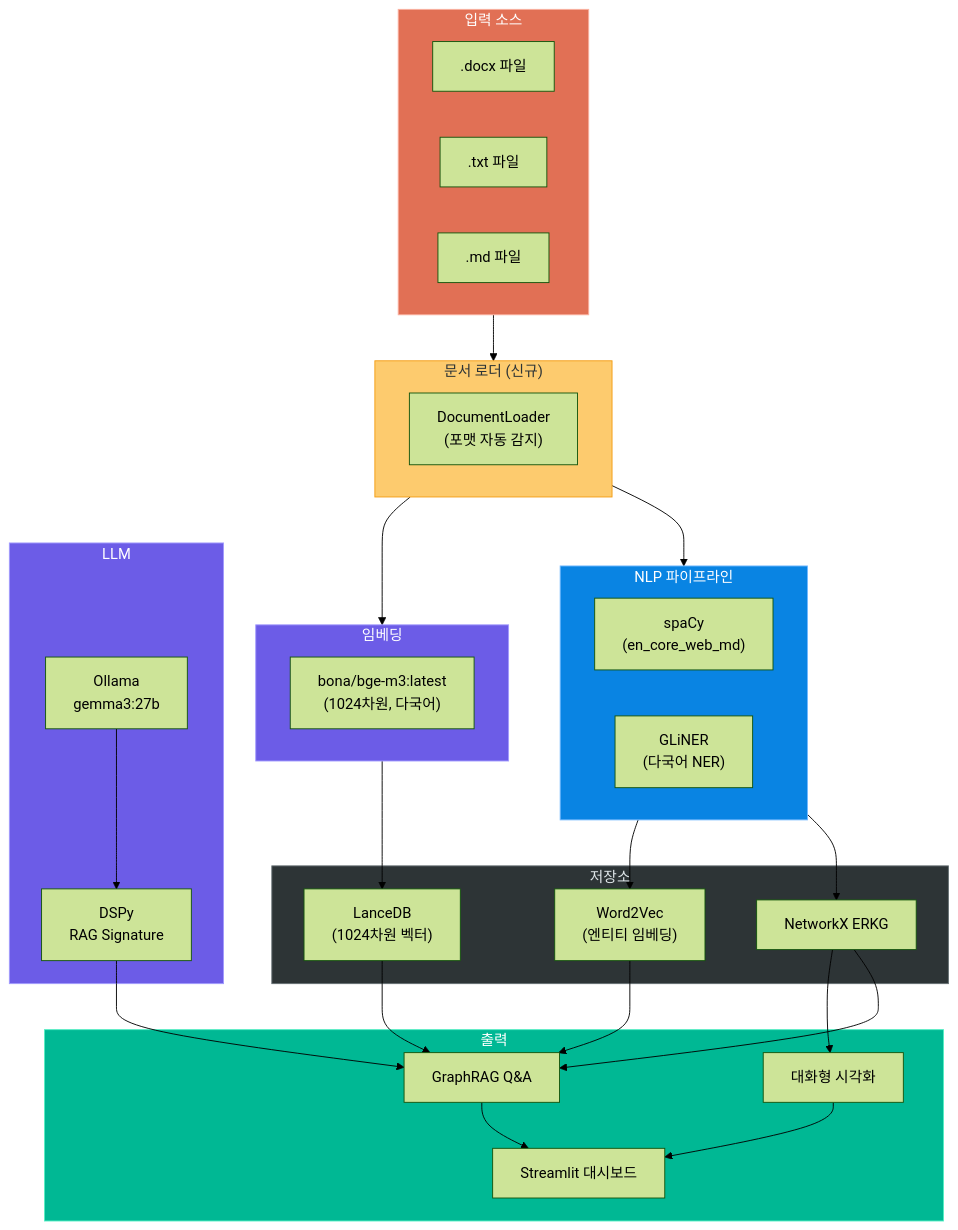
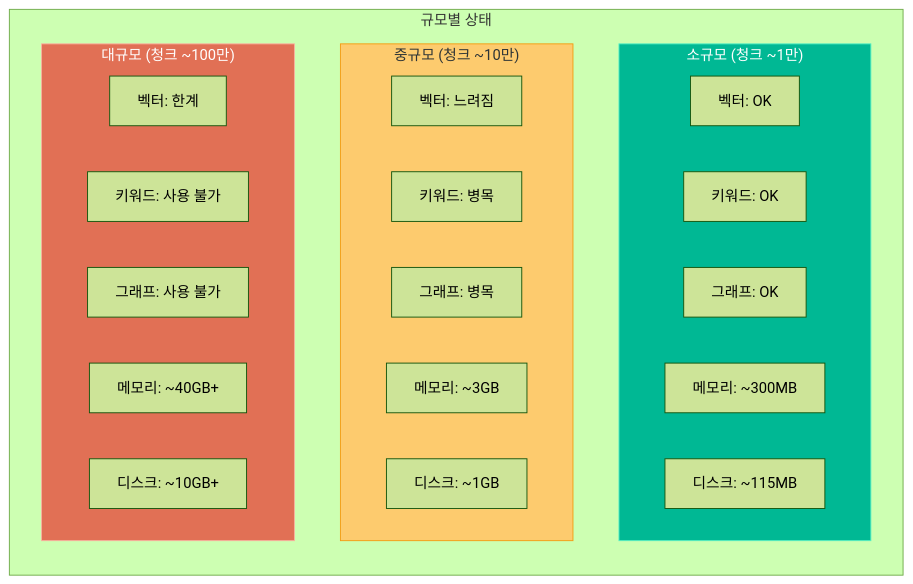
Before and after one commit to laurus-kpa007/GraphRAG-Senzing: the third of 3 diagrams in docs/04_utilization_plan_review.md, drawn with Mermaid (forest theme). The commit also changed other lines of this file and 4 other files, not shown here.

````diff
--- a/docs/04_utilization_plan_review.md
+++ b/docs/04_utilization_plan_review.md
@@ -695,61 +140,34 @@
 ```mermaid
-graph TB
-    subgraph INPUT_FINAL["입력 소스"]
-        DOCX_F[".docx 파일"]
-        TXT_F[".txt 파일"]
-        MD_F[".md 파일"]
+graph LR
+    subgraph SCALE["규모별 상태"]
+        direction TB
+
+        subgraph SMALL["소규모 (청크 ~1만)"]
+            S_VEC["벡터: OK"]
+            S_KW["키워드: OK"]
+            S_GRAPH["그래프: OK"]
+            S_MEM["메모리: ~300MB"]
+            S_DISK["디스크: ~115MB"]
+        end
+
+        subgraph MEDIUM["중규모 (청크 ~10만)"]
+            M_VEC["벡터: 느려짐"]
+            M_KW["키워드: 병목"]
+            M_GRAPH["그래프: 병목"]
+            M_MEM["메모리: ~3GB"]
+            M_DISK["디스크: ~1GB"]
+        end
+
+        subgraph LARGE["대규모 (청크 ~100만)"]
+            L_VEC["벡터: 한계"]
+            L_KW["키워드: 사용 불가"]
+            L_GRAPH["그래프: 사용 불가"]
+            L_MEM["메모리: ~40GB+"]
+            L_DISK["디스크: ~10GB+"]
+        end
     end
 
-    subgraph LOADER_FINAL["문서 로더 (신규)"]
-        DOC_LOADER_F["DocumentLoader\n(포맷 자동 감지)"]
-    end
-
-    subgraph NLP_FINAL["NLP 파이프라인"]
-        SPACY_F["spaCy\n(en_core_web_md)"]
-        GLINER_F["GLiNER\n(다국어 NER)"]
-    end
-
-    subgraph EMBED_FINAL["임베딩"]
-        BGE_F["bona/bge-m3:latest\n(1024차원, 다국어)"]
-    end
-
-    subgraph STORE_FINAL["저장소"]
-        LANCE_F["LanceDB\n(1024차원 벡터)"]
-        NX_F["NetworkX ERKG"]
-        W2V_F["Word2Vec\n(엔티티 임베딩)"]
-    end
-
-    subgraph LLM_FINAL["LLM"]
-        GEMMA_F["Ollama\ngemma3:27b"]
-        DSPY_F["DSPy\nRAG Signature"]
-    end
-
-    subgraph OUTPUT_FINAL["출력"]
-        QA_F["GraphRAG Q&A"]
-        VIS_F["대화형 시각화"]
-        DASH_F["Streamlit 대시보드"]
-    end
-
-    INPUT_FINAL --> LOADER_FINAL
-    LOADER_FINAL --> NLP_FINAL
-    LOADER_FINAL --> EMBED_FINAL
-    EMBED_FINAL --> LANCE_F
-    NLP_FINAL --> NX_F
-    NLP_FINAL --> W2V_F
-    LANCE_F --> QA_F
-    NX_F --> QA_F
-    W2V_F --> QA_F
-    GEMMA_F --> DSPY_F
-    DSPY_F --> QA_F
-    NX_F --> VIS_F
-    QA_F --> DASH_F
-    VIS_F --> DASH_F
-
-    style INPUT_FINAL fill:#e17055,stroke:#fab1a0,color:#fff
-    style LOADER_FINAL fill:#fdcb6e,stroke:#f39c12,color:#2d3436
-    style NLP_FINAL fill:#0984e3,stroke:#74b9ff,color:#fff
-    style EMBED_FINAL fill:#6c5ce7,stroke:#a29bfe,color:#fff
-    style STORE_FINAL fill:#2d3436,stroke:#636e72,color:#dfe6e9
-    style LLM_FINAL fill:#6c5ce7,stroke:#a29bfe,color:#fff
-    style OUTPUT_FINAL fill:#00b894,stroke:#55efc4,color:#fff
+    style SMALL fill:#00b894,stroke:#55efc4,color:#fff
+    style MEDIUM fill:#fdcb6e,stroke:#f39c12,color:#2d3436
+    style LARGE fill:#e17055,stroke:#fab1a0,color:#fff
 ```
````
